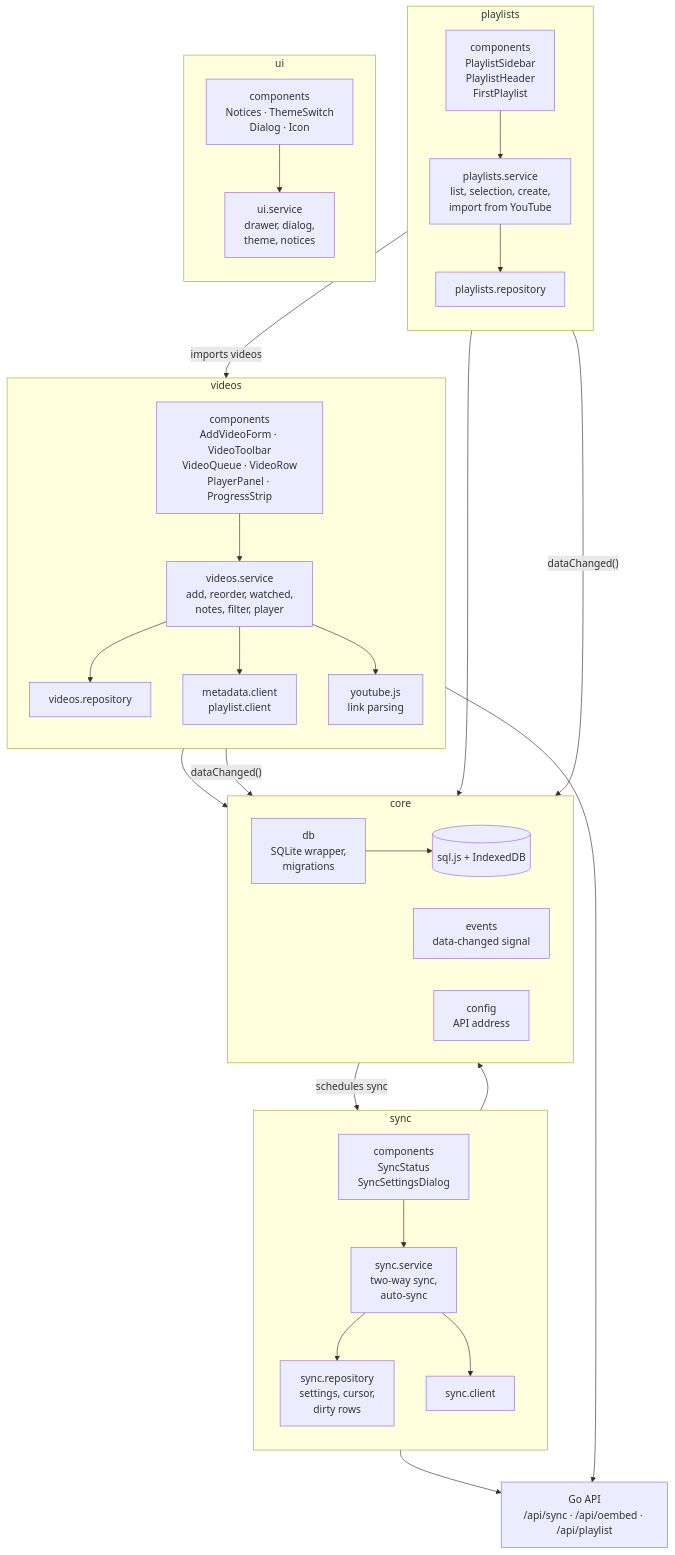
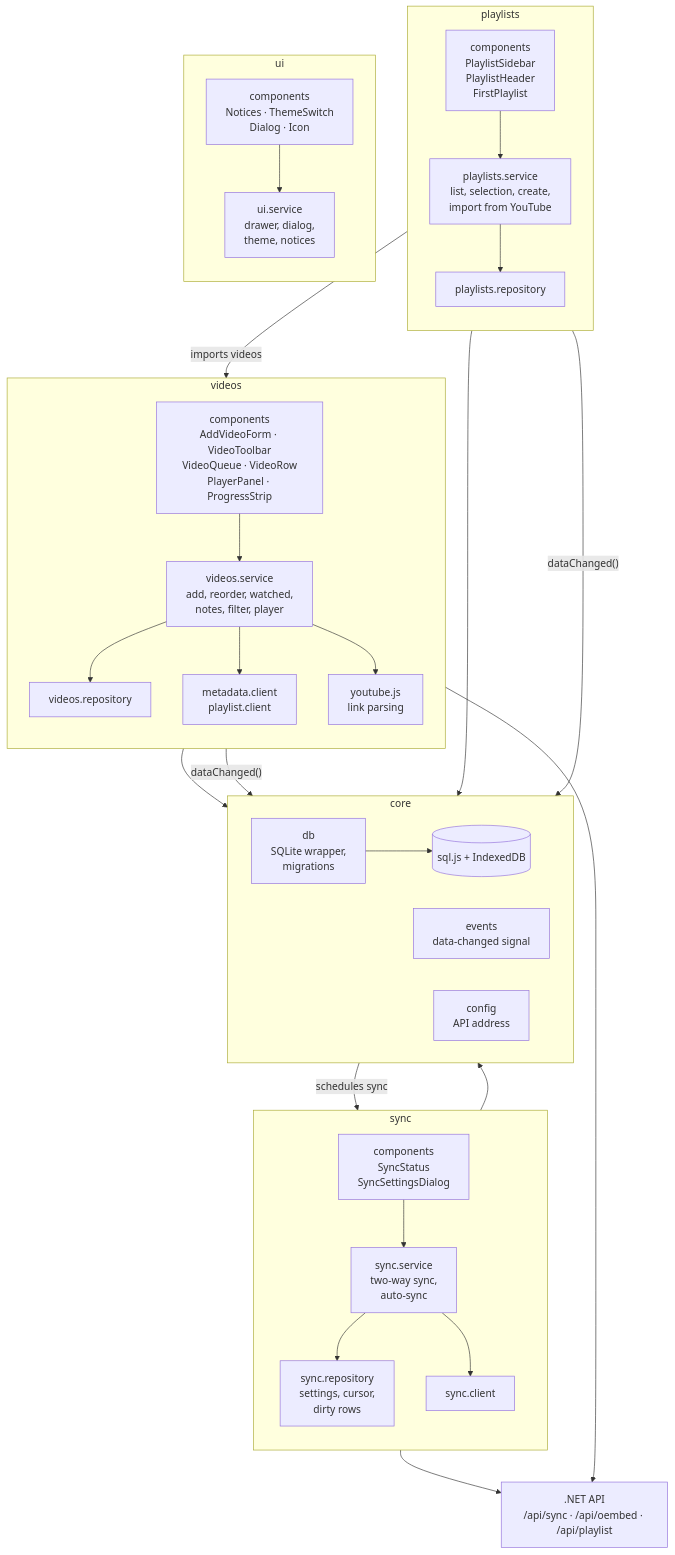
One commit to jestra52/yt-playlist-manager changed the first of 3 diagrams in docs/architecture.md. Above: the diagram before and after it, drawn with Mermaid. The commit also changed other lines of this file and 80 other files, not shown here.

First line of the commit message:
Rewrite the API in .NET with Entity Framework Core

````diff
--- a/docs/architecture.md
+++ b/docs/architecture.md
@@ -11,58 +11,58 @@
 ```mermaid
 flowchart TB
     subgraph playlists["playlists"]
         direction TB
         pComp["components<br/>PlaylistSidebar<br/>PlaylistHeader<br/>FirstPlaylist"]
         pSvc["playlists.service<br/>list, selection, create,<br/>import from YouTube"]
         pRepo["playlists.repository"]
         pComp --> pSvc --> pRepo
     end
 
     subgraph videos["videos"]
         direction TB
         vComp["components<br/>AddVideoForm · VideoToolbar<br/>VideoQueue · VideoRow<br/>PlayerPanel · ProgressStrip"]
         vSvc["videos.service<br/>add, reorder, watched,<br/>notes, filter, player"]
         vRepo["videos.repository"]
         vClients["metadata.client<br/>playlist.client"]
         vRules["youtube.js<br/>link parsing"]
         vComp --> vSvc
         vSvc --> vRepo
         vSvc --> vClients
         vSvc --> vRules
     end
 
     subgraph sync["sync"]
         direction TB
         sComp["components<br/>SyncStatus<br/>SyncSettingsDialog"]
         sSvc["sync.service<br/>two-way sync,<br/>auto-sync"]
         sRepo["sync.repository<br/>settings, cursor,<br/>dirty rows"]
         sClient["sync.client"]
         sComp --> sSvc
         sSvc --> sRepo
         sSvc --> sClient
     end
 
     subgraph ui["ui"]
         direction TB
         uComp["components<br/>Notices · ThemeSwitch<br/>Dialog · Icon"]
         uSvc["ui.service<br/>drawer, dialog,<br/>theme, notices"]
         uComp --> uSvc
     end
 
     subgraph core["core"]
         direction LR
         db["db<br/>SQLite wrapper,<br/>migrations"]
         storage[("sql.js + IndexedDB")]
         events["events<br/>data-changed signal"]
         config["config<br/>API address"]
         db --> storage
     end
 
-    api["Go API<br/>/api/sync · /api/oembed · /api/playlist"]
+    api[".NET API<br/>/api/sync · /api/oembed · /api/playlist"]
 
     pSvc -- "imports videos" --> vSvc
     pRepo & vRepo & sRepo --> db
     pSvc & vSvc -- "dataChanged()" --> events
     events -- "schedules sync" --> sSvc
     vClients & sClient --> api
 ```
````
